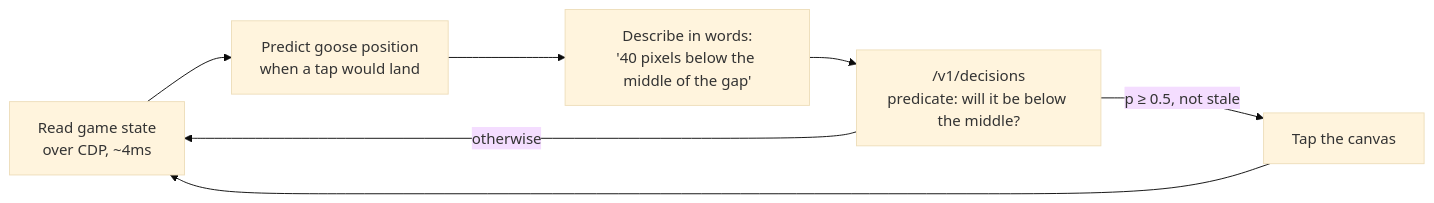
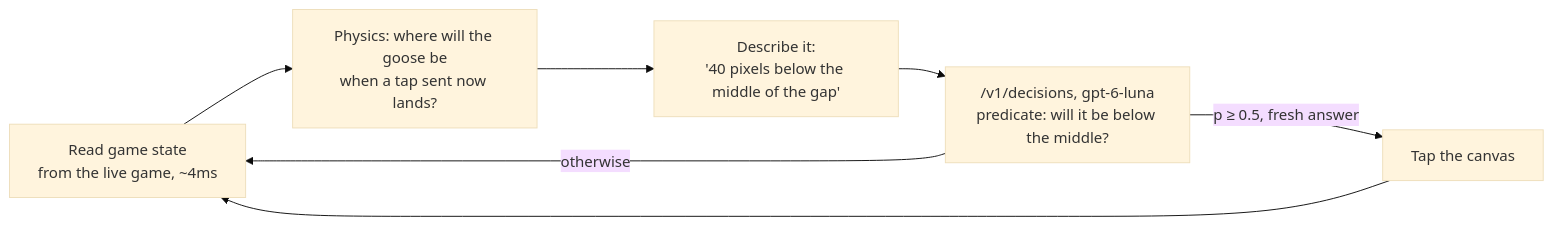
The diagram in README.md (ventz/honk-game-openai-decision-api), drawn with Mermaid (base theme) before and after one commit. The commit also changed other lines of this file and 2 other files, not shown here.

First line of the commit message:
Keep asking when every request stalls at once

````diff
--- a/README.md
+++ b/README.md
@@ -83,9 +68,9 @@
 ```mermaid
 flowchart LR
-    A[Read game state<br/>over CDP, ~4ms] --> B[Predict goose position<br/>when a tap would land]
-    B --> C["Describe in words:<br/>'40 pixels below the middle of the gap'"]
-    C --> D["/v1/decisions<br/>predicate: will it be below the middle?"]
-    D -->|p ≥ 0.5, not stale| E[Tap the canvas]
+    A[Read game state<br/>from the live game, ~4ms] --> B[Physics: where will the goose be<br/>when a tap sent now lands?]
+    B --> C["Describe it:<br/>'40 pixels below the middle of the gap'"]
+    C --> D["/v1/decisions, gpt-6-luna<br/>predicate: will it be below the middle?"]
+    D -->|"p ≥ 0.5, fresh answer"| E[Tap the canvas]
     D -->|otherwise| A
     E --> A
 ```
````
